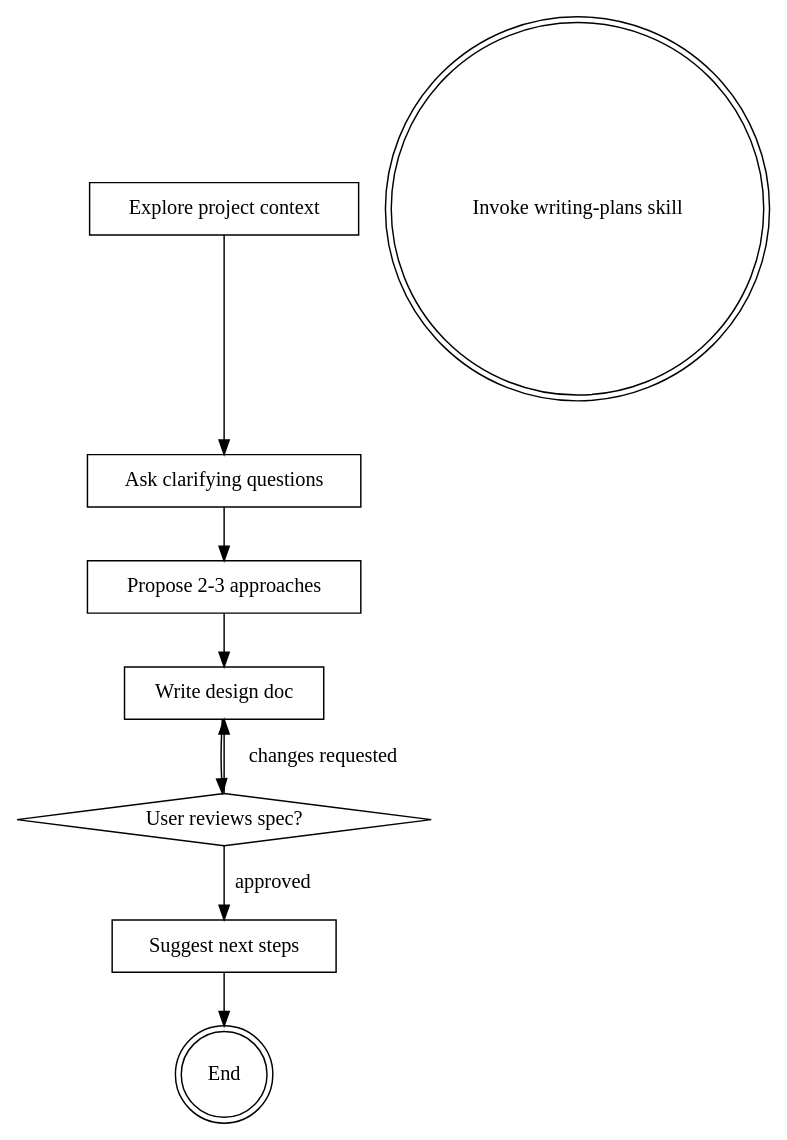
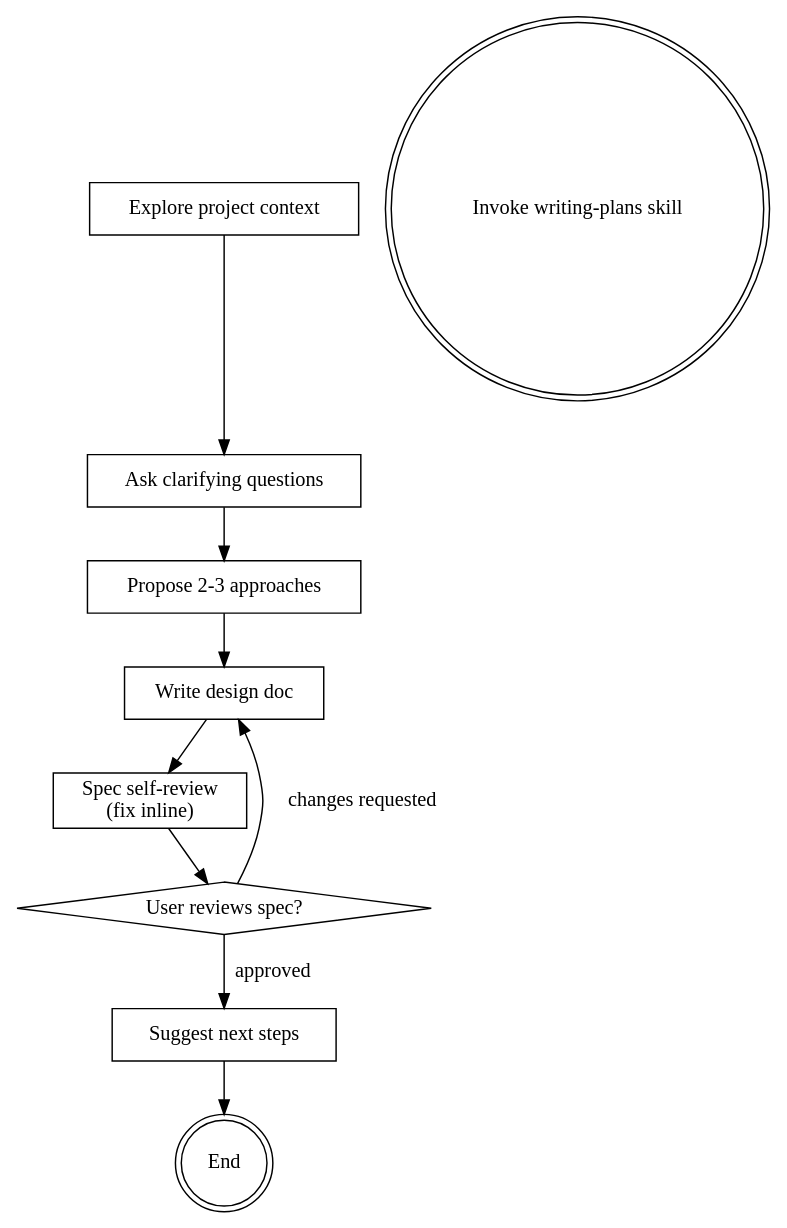
One commit to tranduy26913/training-agent-skills changed the diagram in .github/skills/brainstorming/SKILL.md. Above: the diagram before and after it, drawn with Graphviz. The commit also changed other lines of this file and 14 other files, not shown here.

````diff
--- a/.github/skills/brainstorming/SKILL.md
+++ b/.github/skills/brainstorming/SKILL.md
@@ -77,20 +77,22 @@
 ```dot
 digraph brainstorming {
     "Explore project context" [shape=box];
     "Ask clarifying questions" [shape=box];
     "Propose 2-3 approaches" [shape=box];
     "Write design doc" [shape=box];
+    "Spec self-review\n(fix inline)" [shape=box];
     "User reviews spec?" [shape=diamond];
     "Invoke writing-plans skill" [shape=doublecircle];
     "Suggest next steps" [shape=box];
     "Suggest next steps" -> "End";
     "End" [shape=doublecircle];
 
     "Explore project context" -> "Ask clarifying questions";
     "Ask clarifying questions" -> "Propose 2-3 approaches";
     "Propose 2-3 approaches" -> "Write design doc";
-    "Write design doc" -> "User reviews spec?";
+    "Write design doc" -> "Spec self-review\n(fix inline)";
+    "Spec self-review\n(fix inline)" -> "User reviews spec?";
     "User reviews spec?" -> "Write design doc" [label="changes requested"];
     "User reviews spec?" -> "Suggest next steps" [label="approved"];
 }
 ```
````
